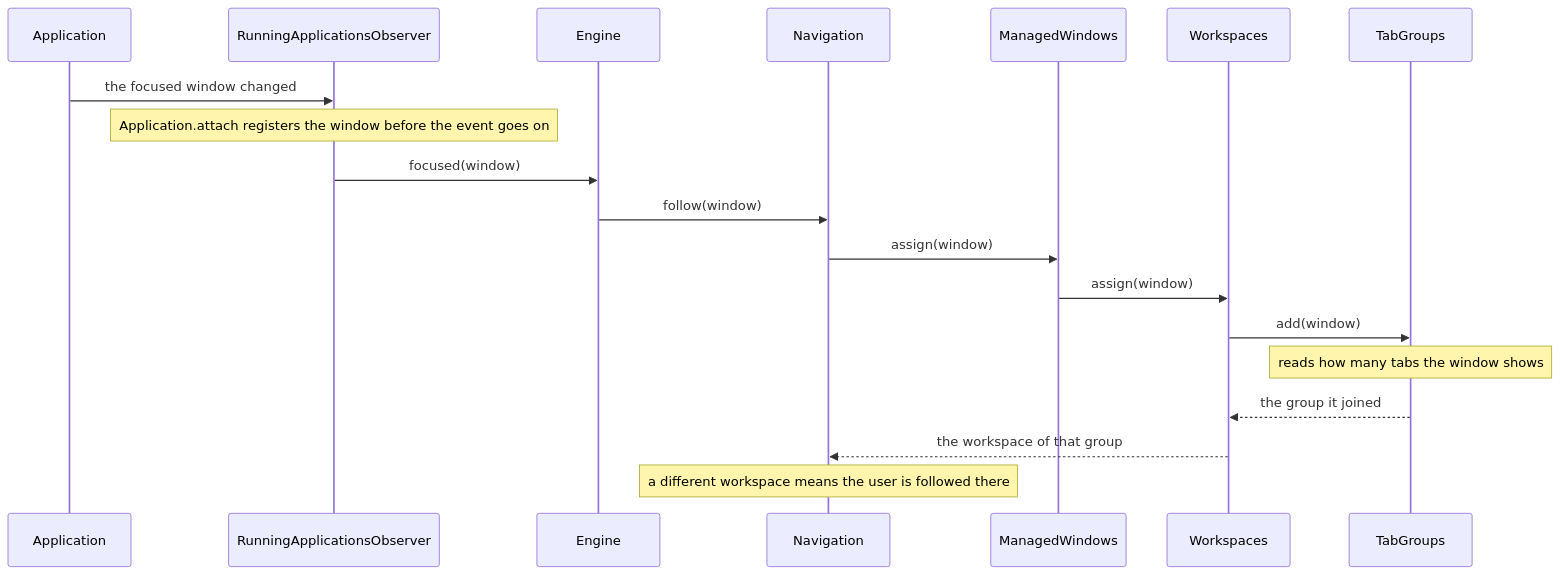
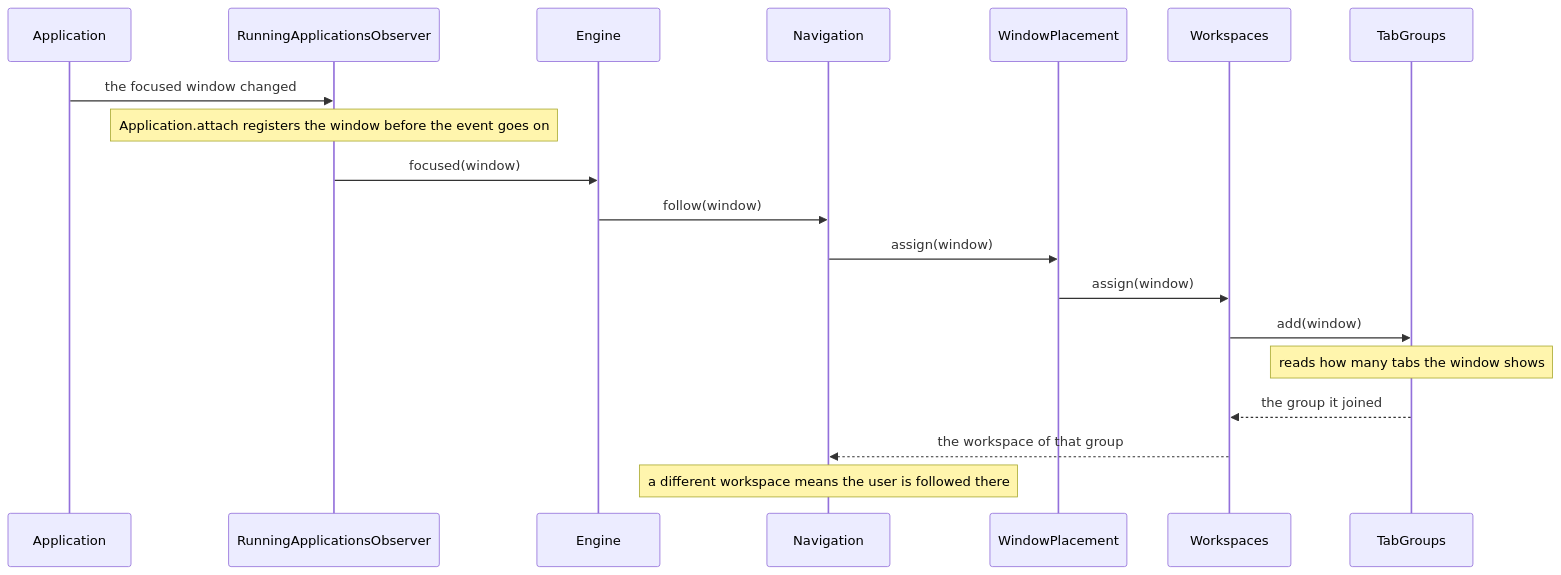
Before and after one commit to brennovich/ottowm: diagram 18 of 19 in ARCHITECTURE.md, drawn with Mermaid. The commit also changed other lines of this file and 11 other files, not shown here.

First line of the commit message:
Rename ManagedWindows to WindowPlacement

````diff
--- a/ARCHITECTURE.md
+++ b/ARCHITECTURE.md
@@ -436,22 +436,22 @@
 ```mermaid
 sequenceDiagram
     participant Application
     participant RunningApplicationsObserver
     participant Engine
     participant Navigation
-    participant ManagedWindows
+    participant WindowPlacement
     participant Workspaces
     participant TabGroups
 
     Application->>RunningApplicationsObserver: the focused window changed
     Note over RunningApplicationsObserver: Application.attach registers the window before the event goes on
     RunningApplicationsObserver->>Engine: focused(window)
     Engine->>Navigation: follow(window)
-    Navigation->>ManagedWindows: assign(window)
-    ManagedWindows->>Workspaces: assign(window)
+    Navigation->>WindowPlacement: assign(window)
+    WindowPlacement->>Workspaces: assign(window)
     Workspaces->>TabGroups: add(window)
     Note over TabGroups: reads how many tabs the window shows
     TabGroups-->>Workspaces: the group it joined
     Workspaces-->>Navigation: the workspace of that group
     Note over Navigation: a different workspace means the user is followed there
 ```
````
